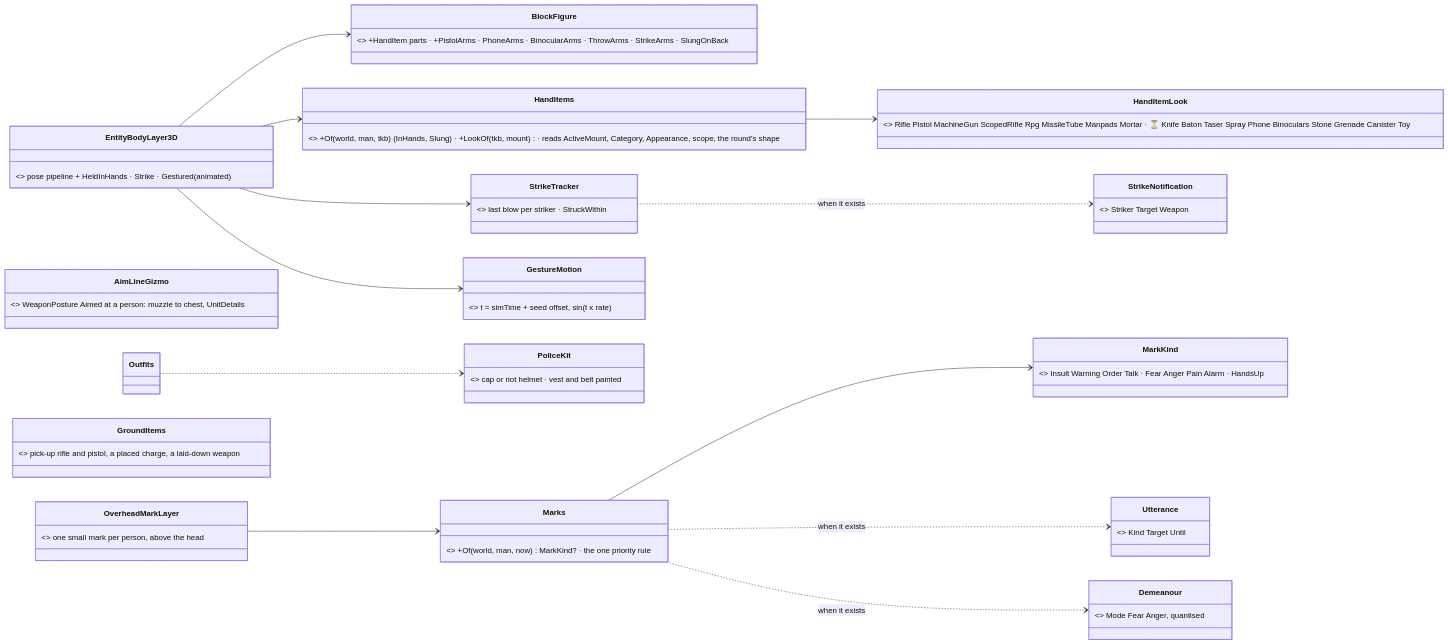
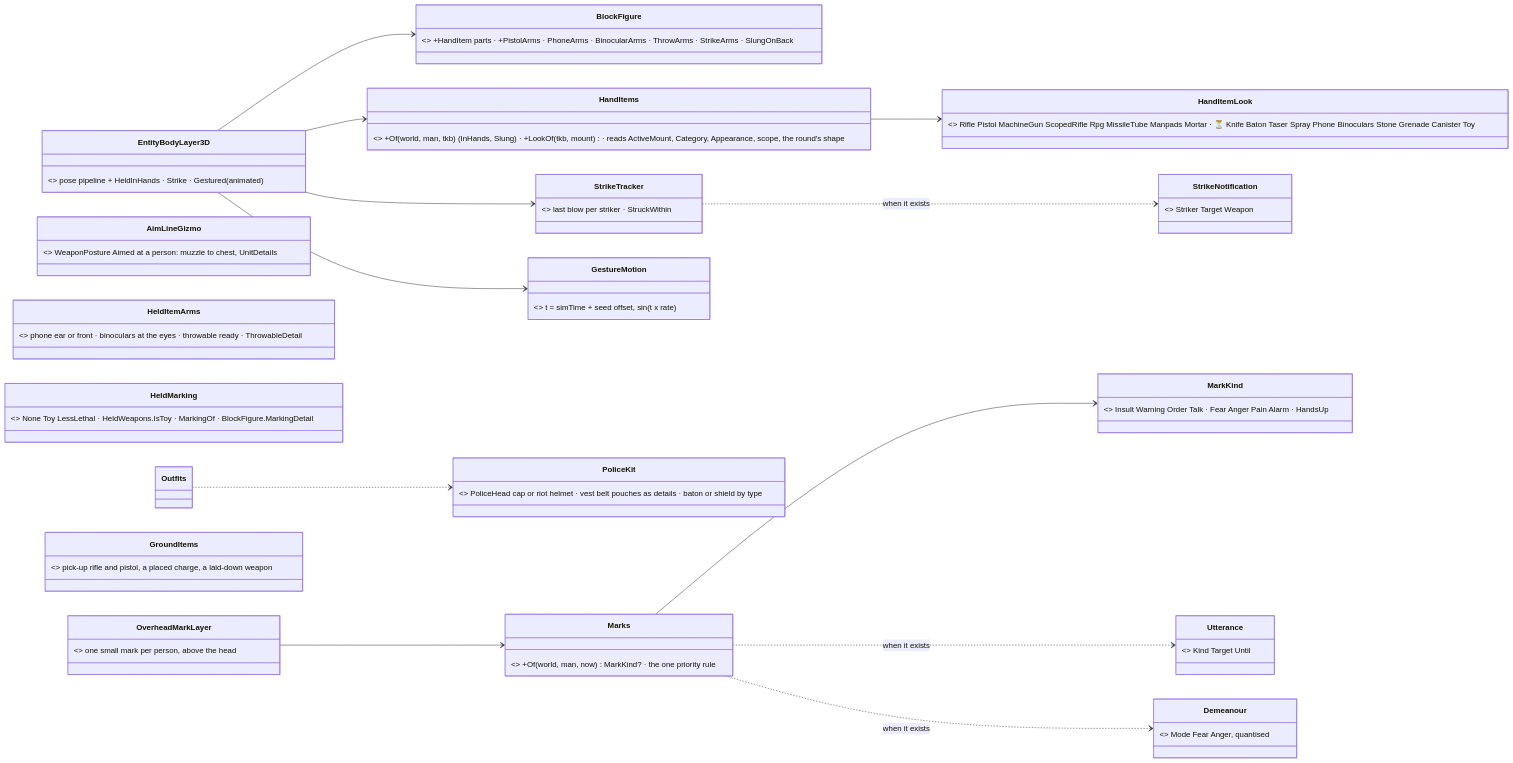
One commit to pjanec/HROT changed the first of 6 diagrams in docs/DESIGN_People_Display.md. Above: the diagram before and after it, drawn with Mermaid. The commit also changed other lines of this file and 12 other files, not shown here.

First line of the commit message:
People display: held items (CE-1169), the police look (CE-1172), the toy (CE-1173), the less-lethal band (CE-1174)

````diff
--- a/docs/DESIGN_People_Display.md
+++ b/docs/DESIGN_People_Display.md
@@ -75,30 +75,32 @@
 ```mermaid
 classDiagram
   direction LR
   class EntityBodyLayer3D { <<existing, grows>> pose pipeline + HeldInHands · Strike · Gestured(animated) }
   class BlockFigure { <<existing, grows>> +HandItem parts · +PistolArms · PhoneArms · BinocularArms · ThrowArms · StrikeArms · SlungOnBack }
   class HandItemLook { <<BUILT as HeldLook, CE-1236 — weapons>> Rifle Pistol MachineGun ScopedRifle Rpg MissileTube Manpads Mortar · ⏳ Knife Baton Taser Spray Phone Binoculars Stone Grenade Canister Toy }
   class HandItems { <<BUILT as HeldWeapons, pure, CE-1236>> +Of(world, man, tkb) (InHands, Slung) · +LookOf(tkb, mount) · reads ActiveMount, Category, Appearance, scope, the round's shape }
   class StrikeTracker { <<BUILT CE-1171, RecentShots shape>> last blow per striker · StruckWithin }
   class AimLineGizmo { <<BUILT CE-1170, IStatelessGizmo>> WeaponPosture Aimed at a person: muzzle to chest, UnitDetails }
+  class HeldItemArms { <<BUILT CE-1169, BlockFigure partial>> phone ear or front · binoculars at the eyes · throwable ready · ThrowableDetail }
+  class HeldMarking { <<BUILT CE-1173/1174>> None Toy LessLethal · HeldWeapons.IsToy · MarkingOf · BlockFigure.MarkingDetail }
   class GestureMotion { <<BUILT as GestureClock + GestureArms t, no class>> t = simTime + seed offset, sin(t x rate) }
-  class PoliceKit { <<NEW in Outfits + BodySurface>> cap or riot helmet · vest and belt painted }
+  class PoliceKit { <<BUILT CE-1172 in Outfits + BlockFigure>> PoliceHead cap or riot helmet · vest belt pouches as details · baton or shield by type }
   class OverheadMarkLayer { <<NEW IMapLayer, 2-D + 3-D>> one small mark per person, above the head }
   class MarkKind { <<NEW>> Insult Warning Order Talk · Fear Anger Pain Alarm · HandsUp }
   class Marks { <<NEW, pure>> +Of(world, man, now) MarkKind? · the one priority rule }
   class GroundItems { <<in ProjectileLayer / body kits>> pick-up rifle and pistol, a placed charge, a laid-down weapon }
   class Utterance { <<GAP G1 — backend + behaviors>> Kind Target Until }
   class Demeanour { <<GAP G2 — backend + behaviors>> Mode Fear Anger, quantised }
   class StrikeNotification { <<GAP G3 — backend>> Striker Target Weapon }
   EntityBodyLayer3D --> BlockFigure
   EntityBodyLayer3D --> HandItems
   EntityBodyLayer3D --> StrikeTracker
   EntityBodyLayer3D --> GestureMotion
   HandItems --> HandItemLook
   OverheadMarkLayer --> Marks
   Marks --> MarkKind
   Marks ..> Utterance : when it exists
   Marks ..> Demeanour : when it exists
   StrikeTracker ..> StrikeNotification : when it exists
   Outfits ..> PoliceKit
 ```
````
